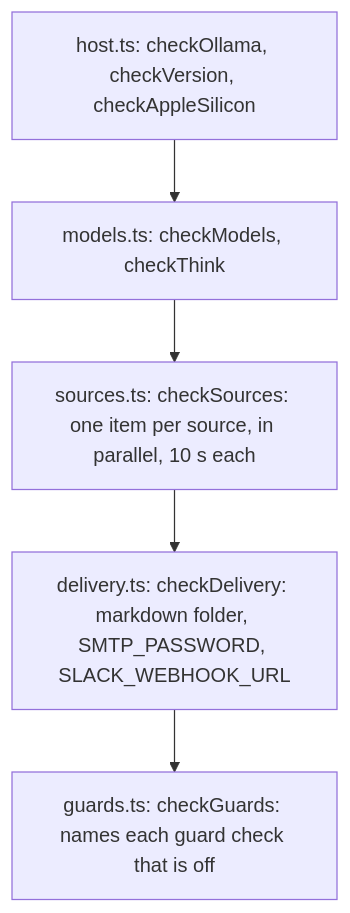
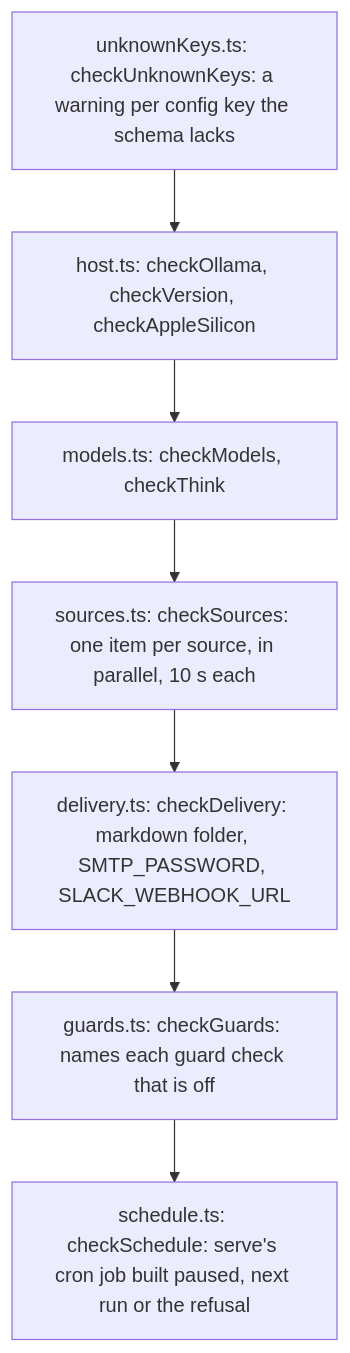
One commit to odere-pro/weekly-engineering-digest-agent changed the diagram in src/cli/doctor/checks/CLAUDE.md. Above: the diagram before and after it, drawn with Mermaid. The commit also changed other lines of this file and 33 other files, not shown here.

First line of the commit message:
feat(cli): doctor checks schedule and unknown keys; add --version

````diff
--- a/src/cli/doctor/checks/CLAUDE.md
+++ b/src/cli/doctor/checks/CLAUDE.md
@@ -9,7 +10,9 @@
 ```mermaid
 flowchart TD
+  keys["unknownKeys.ts: checkUnknownKeys: a warning per config key the schema lacks"] --> host
   host["host.ts: checkOllama, checkVersion, checkAppleSilicon"] --> models["models.ts: checkModels, checkThink"]
   models --> sources["sources.ts: checkSources: one item per source, in parallel, 10 s each"]
   sources --> delivery["delivery.ts: checkDelivery: markdown folder, SMTP_PASSWORD, SLACK_WEBHOOK_URL"]
   delivery --> guards["guards.ts: checkGuards: names each guard check that is off"]
+  guards --> schedule["schedule.ts: checkSchedule: serve's cron job built paused, next run or the refusal"]
 ```
````
